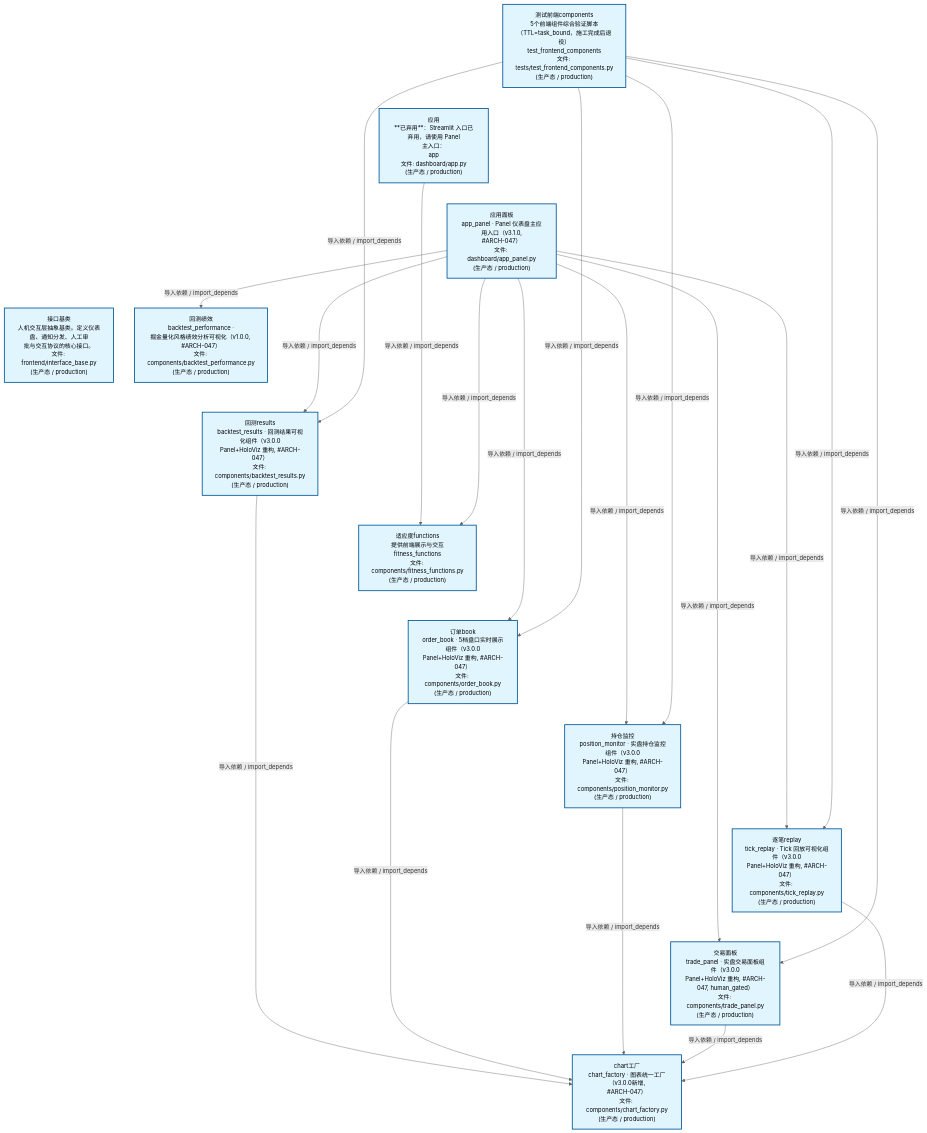
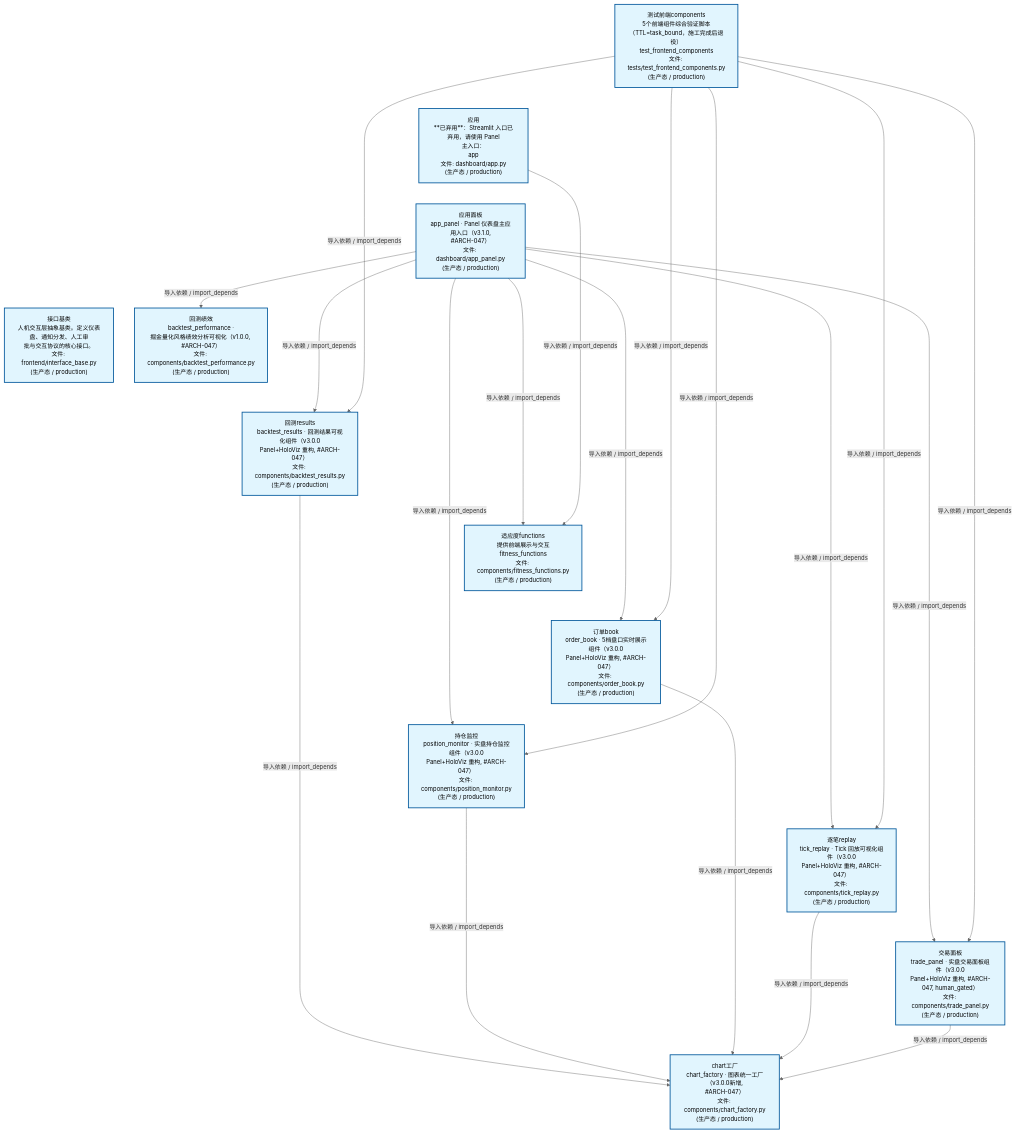
Before and after one commit to xuanFelixVan/ZephyrAlpha: the second of 4 diagrams in docs/02_enterprise_architecture/02_domain_architecture_docs/47_d_frontend.md, drawn with Mermaid. The commit also changed other lines of this file and 42 other files, not shown here.

````diff
--- a/docs/02_enterprise_architecture/02_domain_architecture_docs/47_d_frontend.md
+++ b/docs/02_enterprise_architecture/02_domain_architecture_docs/47_d_frontend.md
@@ -124,48 +124,48 @@
 ```mermaid
 %%{init: {'theme': 'base', 'themeVariables': {'primaryColor': '#eaeaea', 'primaryTextColor': '#333333', 'primaryBorderColor': '#666666', 'lineColor': '#666666', 'secondaryColor': '#eaeaea', 'tertiaryColor': '#eaeaea', 'fontSize': '14px'}}}%%
 flowchart TD
     scripts_tests_test_frontend_components_py["测试前端components<br/>5个前端组件综合验证脚本<br/>（TTL=task_bound，施工完成后退役）<br/>test_frontend_components<br/>文件: tests/test_frontend_components.py<br/>(生产态 / production)"]
     src_zephyr_frontend_dashboard_app_py["应用<br/>**已弃用**：Streamlit 入口已弃用，请使用 Panel<br/>主入口：<br/>app<br/>文件: dashboard/app.py<br/>(生产态 / production)"]
     src_zephyr_frontend_dashboard_app_panel_py["应用面板<br/>app_panel · Panel 仪表盘主应用入口（v3.1.0,<br/>#ARCH-047）<br/>文件: dashboard/app_panel.py<br/>(生产态 / production)"]
     src_zephyr_frontend_interface_base_py["接口基类<br/>人机交互层抽象基类。定义仪表盘、通知分发、人工审<br/>批与交互协议的核心接口。<br/>文件: frontend/interface_base.py<br/>(生产态 / production)"]
     scripts_tests_test_frontend_components_py ~~~ src_zephyr_frontend_dashboard_app_py
     src_zephyr_frontend_dashboard_app_py ~~~ src_zephyr_frontend_dashboard_app_panel_py
     src_zephyr_frontend_dashboard_app_panel_py ~~~ src_zephyr_frontend_interface_base_py
     src_zephyr_frontend_dashboard_components_backtest_performance_py["回测绩效<br/>backtest_performance ·<br/>掘金量化风格绩效分析可视化（v1.0.0, #ARCH-047）<br/>文件: components/backtest_performance.py<br/>(生产态 / production)"]
     src_zephyr_frontend_dashboard_components_backtest_results_py["回测results<br/>backtest_results · 回测结果可视化组件（v3.0.0<br/>Panel+HoloViz 重构, #ARCH-047）<br/>文件: components/backtest_results.py<br/>(生产态 / production)"]
     src_zephyr_frontend_dashboard_components_fitness_functions_py["适应度functions<br/>提供前端展示与交互<br/>fitness_functions<br/>文件: components/fitness_functions.py<br/>(生产态 / production)"]
     src_zephyr_frontend_dashboard_components_order_book_py["订单book<br/>order_book · 5档盘口实时展示组件（v3.0.0<br/>Panel+HoloViz 重构, #ARCH-047）<br/>文件: components/order_book.py<br/>(生产态 / production)"]
     src_zephyr_frontend_dashboard_components_position_monitor_py["持仓监控<br/>position_monitor · 实盘持仓监控组件（v3.0.0<br/>Panel+HoloViz 重构, #ARCH-047）<br/>文件: components/position_monitor.py<br/>(生产态 / production)"]
     src_zephyr_frontend_dashboard_components_tick_replay_py["逐笔replay<br/>tick_replay · Tick 回放可视化组件（v3.0.0<br/>Panel+HoloViz 重构, #ARCH-047）<br/>文件: components/tick_replay.py<br/>(生产态 / production)"]
     src_zephyr_frontend_dashboard_components_trade_panel_py["交易面板<br/>trade_panel · 实盘交易面板组件（v3.0.0<br/>Panel+HoloViz 重构, #ARCH-047, human_gated）<br/>文件: components/trade_panel.py<br/>(生产态 / production)"]
     src_zephyr_frontend_dashboard_components_backtest_performance_py ~~~ src_zephyr_frontend_dashboard_components_backtest_results_py
     src_zephyr_frontend_dashboard_components_backtest_results_py ~~~ src_zephyr_frontend_dashboard_components_fitness_functions_py
     src_zephyr_frontend_dashboard_components_fitness_functions_py ~~~ src_zephyr_frontend_dashboard_components_order_book_py
     src_zephyr_frontend_dashboard_components_order_book_py ~~~ src_zephyr_frontend_dashboard_components_position_monitor_py
     src_zephyr_frontend_dashboard_components_position_monitor_py ~~~ src_zephyr_frontend_dashboard_components_tick_replay_py
     src_zephyr_frontend_dashboard_components_tick_replay_py ~~~ src_zephyr_frontend_dashboard_components_trade_panel_py
     src_zephyr_frontend_dashboard_components_chart_factory_py["chart工厂<br/>chart_factory · 图表统一工厂（v3.0.0新增,<br/>#ARCH-047）<br/>文件: components/chart_factory.py<br/>(生产态 / production)"]
-    src_zephyr_frontend_dashboard_app_py -->|导入依赖 / import_depends| src_zephyr_frontend_dashboard_components_fitness_functions_py
+    src_zephyr_frontend_dashboard_components_backtest_results_py -->|导入依赖 / import_depends| src_zephyr_frontend_dashboard_components_chart_factory_py
+    src_zephyr_frontend_dashboard_app_panel_py -->|导入依赖 / import_depends| src_zephyr_frontend_dashboard_components_backtest_results_py
     src_zephyr_frontend_dashboard_app_panel_py -->|导入依赖 / import_depends| src_zephyr_frontend_dashboard_components_backtest_performance_py
-    src_zephyr_frontend_dashboard_app_panel_py -->|导入依赖 / import_depends| src_zephyr_frontend_dashboard_components_backtest_results_py
-    src_zephyr_frontend_dashboard_app_panel_py -->|导入依赖 / import_depends| src_zephyr_frontend_dashboard_components_order_book_py
     src_zephyr_frontend_dashboard_app_panel_py -->|导入依赖 / import_depends| src_zephyr_frontend_dashboard_components_fitness_functions_py
     src_zephyr_frontend_dashboard_app_panel_py -->|导入依赖 / import_depends| src_zephyr_frontend_dashboard_components_position_monitor_py
+    src_zephyr_frontend_dashboard_app_panel_py -->|导入依赖 / import_depends| src_zephyr_frontend_dashboard_components_order_book_py
+    src_zephyr_frontend_dashboard_app_panel_py -->|导入依赖 / import_depends| src_zephyr_frontend_dashboard_components_tick_replay_py
     src_zephyr_frontend_dashboard_app_panel_py -->|导入依赖 / import_depends| src_zephyr_frontend_dashboard_components_trade_panel_py
-    src_zephyr_frontend_dashboard_app_panel_py -->|导入依赖 / import_depends| src_zephyr_frontend_dashboard_components_tick_replay_py
-    src_zephyr_frontend_dashboard_components_backtest_results_py -->|导入依赖 / import_depends| src_zephyr_frontend_dashboard_components_chart_factory_py
+    src_zephyr_frontend_dashboard_app_py -->|导入依赖 / import_depends| src_zephyr_frontend_dashboard_components_fitness_functions_py
+    src_zephyr_frontend_dashboard_components_position_monitor_py -->|导入依赖 / import_depends| src_zephyr_frontend_dashboard_components_chart_factory_py
     src_zephyr_frontend_dashboard_components_order_book_py -->|导入依赖 / import_depends| src_zephyr_frontend_dashboard_components_chart_factory_py
-    src_zephyr_frontend_dashboard_components_position_monitor_py -->|导入依赖 / import_depends| src_zephyr_frontend_dashboard_components_chart_factory_py
+    src_zephyr_frontend_dashboard_components_tick_replay_py -->|导入依赖 / import_depends| src_zephyr_frontend_dashboard_components_chart_factory_py
     src_zephyr_frontend_dashboard_components_trade_panel_py -->|导入依赖 / import_depends| src_zephyr_frontend_dashboard_components_chart_factory_py
-    src_zephyr_frontend_dashboard_components_tick_replay_py -->|导入依赖 / import_depends| src_zephyr_frontend_dashboard_components_chart_factory_py
     scripts_tests_test_frontend_components_py -->|导入依赖 / import_depends| src_zephyr_frontend_dashboard_components_backtest_results_py
+    scripts_tests_test_frontend_components_py -->|导入依赖 / import_depends| src_zephyr_frontend_dashboard_components_position_monitor_py
     scripts_tests_test_frontend_components_py -->|导入依赖 / import_depends| src_zephyr_frontend_dashboard_components_order_book_py
-    scripts_tests_test_frontend_components_py -->|导入依赖 / import_depends| src_zephyr_frontend_dashboard_components_position_monitor_py
+    scripts_tests_test_frontend_components_py -->|导入依赖 / import_depends| src_zephyr_frontend_dashboard_components_tick_replay_py
     scripts_tests_test_frontend_components_py -->|导入依赖 / import_depends| src_zephyr_frontend_dashboard_components_trade_panel_py
-    scripts_tests_test_frontend_components_py -->|导入依赖 / import_depends| src_zephyr_frontend_dashboard_components_tick_replay_py
     classDef production fill:#e1f5fe,stroke:#01579b,stroke-width:2px,color:#000
     classDef design fill:#fff3e0,stroke:#e65100,stroke-width:2px,color:#000,stroke-dasharray: 5 5
     classDef external_prod fill:#e8f4fd,stroke:#0277bd,stroke-width:1px,color:#000
     classDef external_design fill:#fff8e7,stroke:#ef6c00,stroke-width:1px,color:#000,stroke-dasharray: 5 5
     class scripts_tests_test_frontend_components_py,src_zephyr_frontend_dashboard_app_py,src_zephyr_frontend_dashboard_app_panel_py,src_zephyr_frontend_dashboard_components_backtest_performance_py,src_zephyr_frontend_dashboard_components_backtest_results_py,src_zephyr_frontend_dashboard_components_chart_factory_py,src_zephyr_frontend_dashboard_components_fitness_functions_py,src_zephyr_frontend_dashboard_components_order_book_py,src_zephyr_frontend_dashboard_components_position_monitor_py,src_zephyr_frontend_dashboard_components_tick_replay_py,src_zephyr_frontend_dashboard_components_trade_panel_py,src_zephyr_frontend_interface_base_py production
 ```
````
